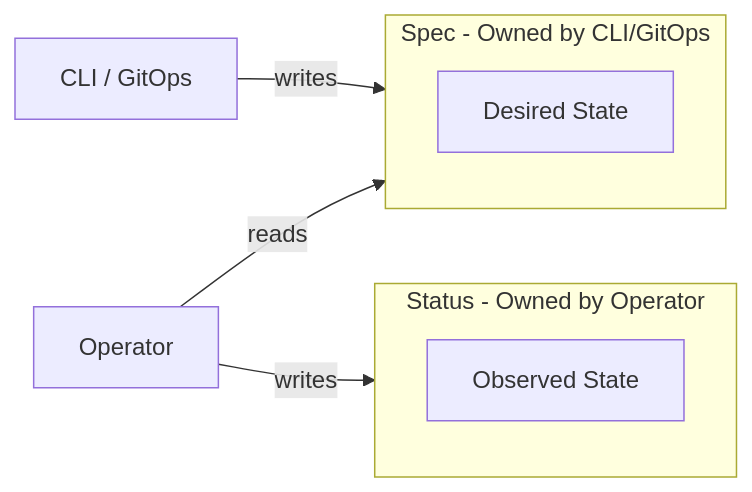
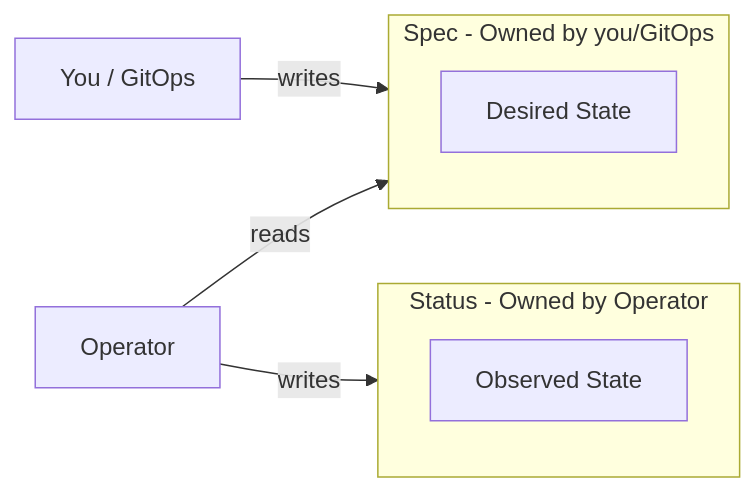
Before and after one commit to dorgu-ai/docs: the second of 2 diagrams in cli/architecture/crds.mdx, drawn with Mermaid. The commit also changed other lines of this file and 3 other files, not shown here.

Commit message:
docs: rewrite CLI architecture pages around the heal and approve loop

````diff
--- a/cli/architecture/crds.mdx
+++ b/cli/architecture/crds.mdx
@@ -61,12 +61,12 @@
 ```mermaid
 flowchart LR
-    subgraph Spec ["Spec - Owned by CLI/GitOps"]
+    subgraph Spec ["Spec - Owned by you/GitOps"]
         SpecFields["Desired State"]
     end
     subgraph Status ["Status - Owned by Operator"]
         StatusFields["Observed State"]
     end
-    CLI["CLI / GitOps"] -->|writes| Spec
+    You["You / GitOps"] -->|writes| Spec
     Operator["Operator"] -->|writes| Status
     Operator -->|reads| Spec
 ```
````
